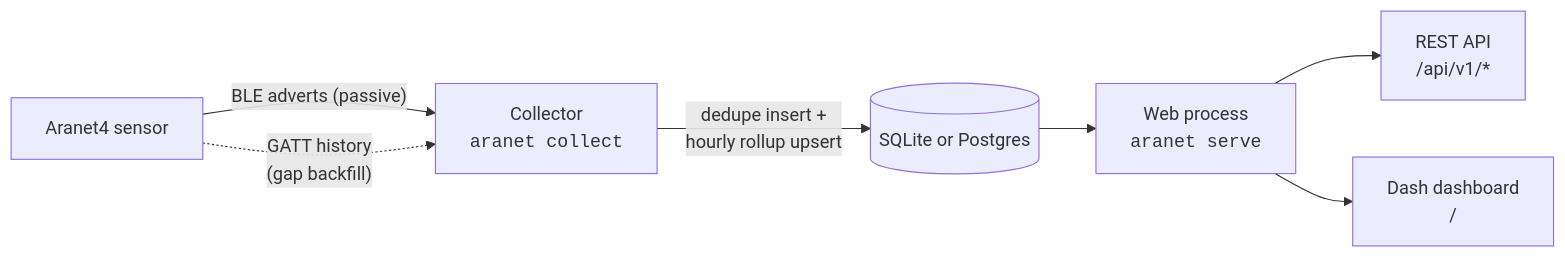
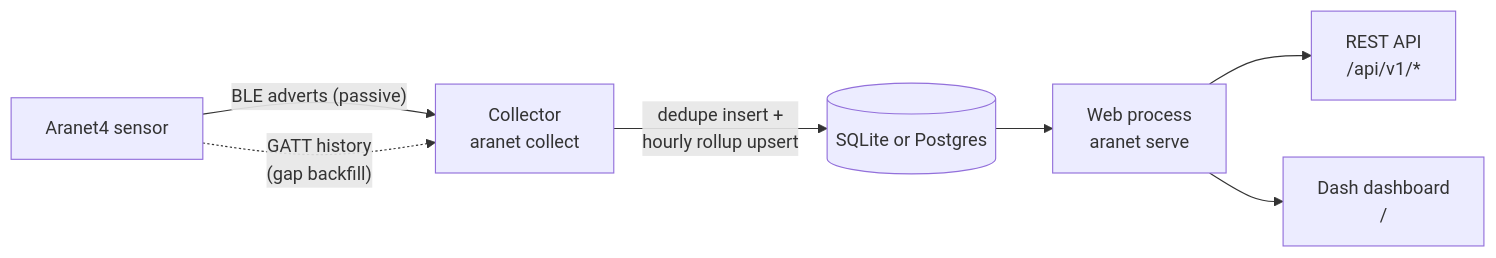
Before and after one commit to ronaldBuddys/home-sensors: the diagram in README.md, drawn with Mermaid. The commit also changed 1 other file, not shown here.

Commit message:
:memo: Plain-text Mermaid labels; fix the .env.example TLS section ref
:memo: GitHub's Mermaid renderer can strip <code> in node labels, so the labels are plain text. .env.example now refers to DEPLOYMENT.md §8 for Postgres TLS.

Refs #20

````diff
--- a/README.md
+++ b/README.md
@@ -112,9 +112,9 @@
 ```mermaid
 flowchart LR
-    S["Aranet4 sensor"] -- "BLE adverts (passive)" --> C["Collector<br/><code>aranet collect</code>"]
+    S["Aranet4 sensor"] -- "BLE adverts (passive)" --> C["Collector<br/>aranet collect"]
     S -. "GATT history<br/>(gap backfill)" .-> C
     C -- "dedupe insert +<br/>hourly rollup upsert" --> DB[("SQLite or Postgres")]
-    DB --> W["Web process<br/><code>aranet serve</code>"]
+    DB --> W["Web process<br/>aranet serve"]
     W --> API["REST API<br/>/api/v1/*"]
     W --> UI["Dash dashboard<br/>/"]
 ```
````
